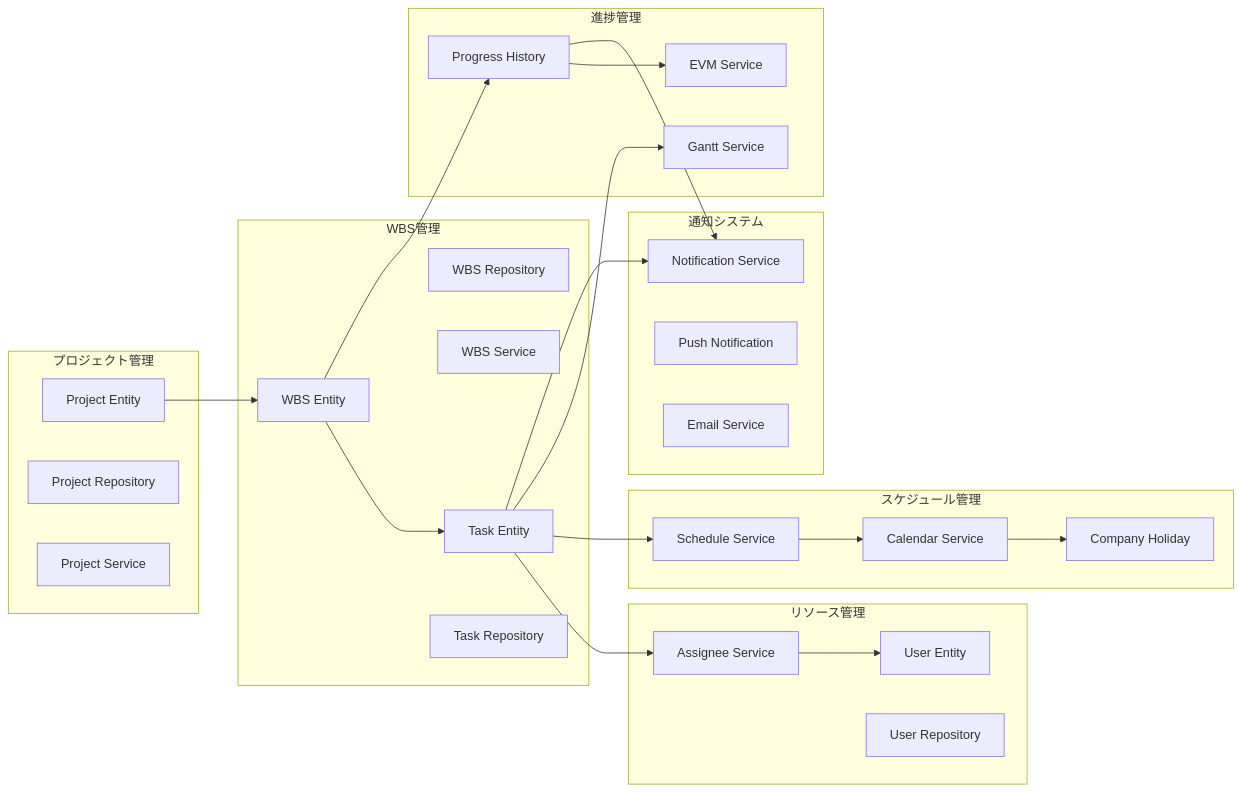
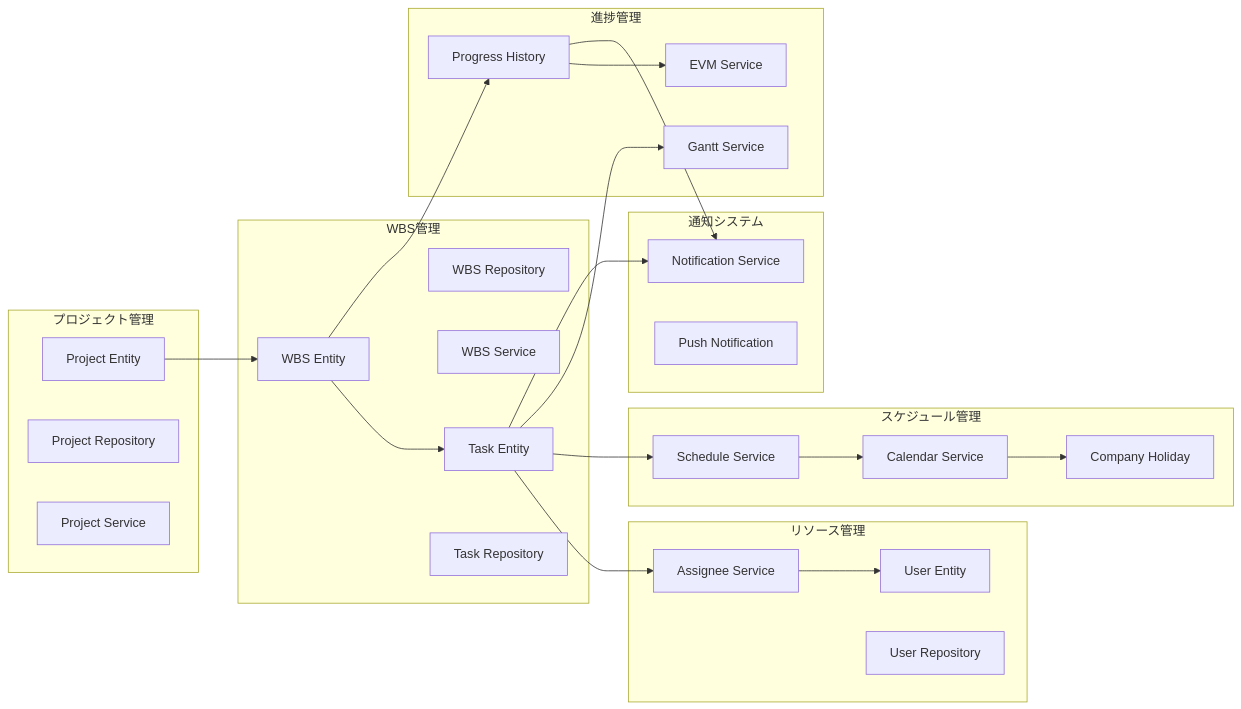
The fourth of 12 diagrams in docs/07-system-architecture.md (yasudaProduct/project-managed-app), drawn with Mermaid before and after one commit. The commit also changed other lines of this file and 5 other files, not shown here.

````diff
--- a/docs/07-system-architecture.md
+++ b/docs/07-system-architecture.md
@@ -180,53 +178,52 @@
 ```mermaid
 graph LR
     subgraph "プロジェクト管理"
         Project[Project Entity]
         ProjectRepo[Project Repository]
         ProjectService[Project Service]
     end
 
     subgraph "WBS管理"
         WBS[WBS Entity]
         WbsRepo[WBS Repository]
         WbsService[WBS Service]
         Task[Task Entity]
         TaskRepo[Task Repository]
     end
 
     subgraph "スケジュール管理"
         Schedule[Schedule Service]
         Calendar[Calendar Service]
         Holiday[Company Holiday]
     end
 
     subgraph "リソース管理"
         User[User Entity]
         UserRepo[User Repository]
         Assignee[Assignee Service]
     end
 
     subgraph "進捗管理"
         Progress[Progress History]
         EVM[EVM Service]
         Gantt[Gantt Service]
     end
 
     subgraph "通知システム"
         Notification[Notification Service]
         Push[Push Notification]
-        Email[Email Service]
     end
 
     Project --> WBS
     WBS --> Task
     Task --> Assignee
     Assignee --> User
     Task --> Schedule
     Schedule --> Calendar
     Calendar --> Holiday
     WBS --> Progress
     Progress --> EVM
     Task --> Gantt
     Progress --> Notification
     Task --> Notification
 ```
````
